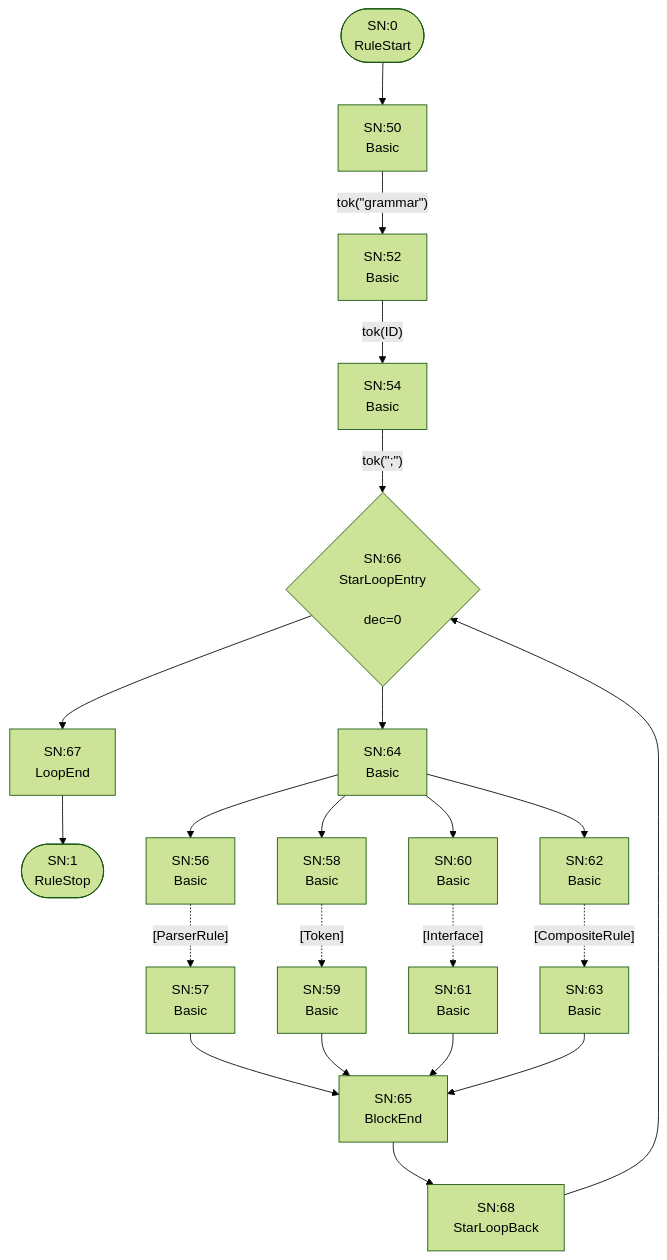
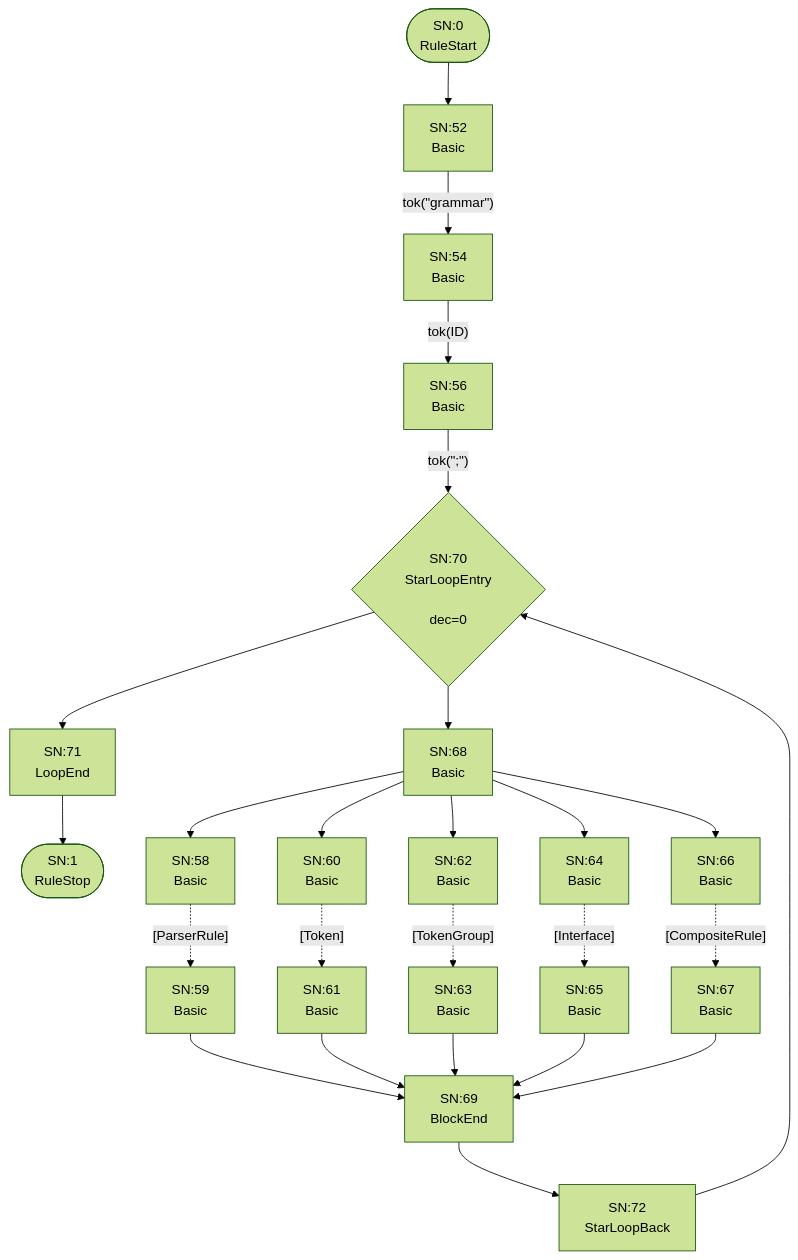
Before and after one commit to TypeFox/fastbelt: the first of 26 diagrams in internal/grammar/atn.md, drawn with Mermaid (forest theme). The commit also changed other lines of this file and 22 other files, not shown here.

````diff
--- a/internal/grammar/atn.md
+++ b/internal/grammar/atn.md
@@ -5,43 +5,48 @@
 ```mermaid
 flowchart TD
     q0(["SN:0<br/>RuleStart"])
     q1(["SN:1<br/>RuleStop"])
-    q50["SN:50<br/>Basic<br/>"]
-    q51["SN:52<br/>Basic<br/>"]
-    q52["SN:54<br/>Basic<br/>"]
-    q53["SN:56<br/>Basic<br/>"]
-    q54["SN:57<br/>Basic<br/>"]
+    q52["SN:52<br/>Basic<br/>"]
+    q53["SN:54<br/>Basic<br/>"]
+    q54["SN:56<br/>Basic<br/>"]
     q55["SN:58<br/>Basic<br/>"]
     q56["SN:59<br/>Basic<br/>"]
     q57["SN:60<br/>Basic<br/>"]
     q58["SN:61<br/>Basic<br/>"]
     q59["SN:62<br/>Basic<br/>"]
     q60["SN:63<br/>Basic<br/>"]
     q61["SN:64<br/>Basic<br/>"]
-    q62["SN:65<br/>BlockEnd<br/>"]
-    q63{"SN:66<br/>StarLoopEntry<br/><br/>dec=0"}
-    q64["SN:67<br/>LoopEnd<br/>"]
-    q65["SN:68<br/>StarLoopBack<br/>"]
+    q62["SN:65<br/>Basic<br/>"]
+    q63["SN:66<br/>Basic<br/>"]
+    q64["SN:67<br/>Basic<br/>"]
+    q65["SN:68<br/>Basic<br/>"]
+    q66["SN:69<br/>BlockEnd<br/>"]
+    q67{"SN:70<br/>StarLoopEntry<br/><br/>dec=0"}
+    q68["SN:71<br/>LoopEnd<br/>"]
+    q69["SN:72<br/>StarLoopBack<br/>"]
 
-    q0 --> q50
-    q50 -->|"tok(&quot;grammar&quot;)"| q51
-    q51 -->|"tok(ID)"| q52
-    q52 -->|"tok(&quot;;&quot;)"| q63
-    q53 -.->|"[ParserRule]"| q54
-    q54 --> q62
-    q55 -.->|"[Token]"| q56
-    q56 --> q62
-    q57 -.->|"[Interface]"| q58
-    q58 --> q62
-    q59 -.->|"[CompositeRule]"| q60
-    q60 --> q62
-    q61 --> q53
-    q61 --> q55
-    q61 --> q57
-    q61 --> q59
-    q62 --> q65
-    q63 --> q61
-    q63 --> q64
-    q64 --> q1
+    q0 --> q52
+    q52 -->|"tok(&quot;grammar&quot;)"| q53
+    q53 -->|"tok(ID)"| q54
+    q54 -->|"tok(&quot;;&quot;)"| q67
+    q55 -.->|"[ParserRule]"| q56
+    q56 --> q66
+    q57 -.->|"[Token]"| q58
+    q58 --> q66
+    q59 -.->|"[TokenGroup]"| q60
+    q60 --> q66
+    q61 -.->|"[Interface]"| q62
+    q62 --> q66
+    q63 -.->|"[CompositeRule]"| q64
+    q64 --> q66
+    q65 --> q55
+    q65 --> q57
+    q65 --> q59
+    q65 --> q61
     q65 --> q63
+    q66 --> q69
+    q67 --> q65
+    q67 --> q68
+    q68 --> q1
+    q69 --> q67
 ```
````
